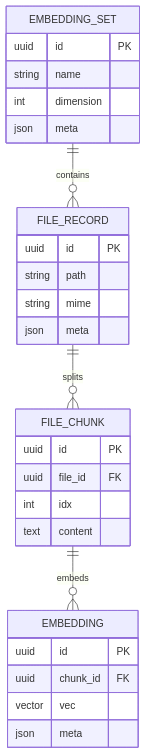
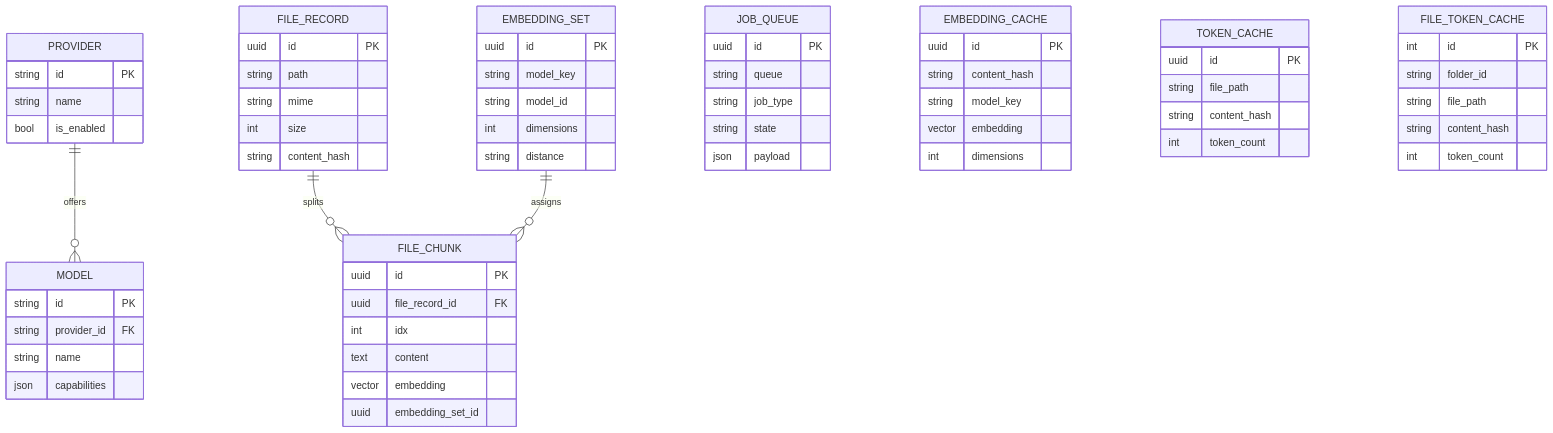
Before and after one commit to seandearnaley/brainstrike: the diagram in docs/architecture/08-data-model.md, drawn with Mermaid. The commit also changed other lines of this file and 18 other files, not shown here.

````diff
--- a/docs/architecture/08-data-model.md
+++ b/docs/architecture/08-data-model.md
@@ -5,31 +5,67 @@
 ```mermaid
 erDiagram
-  EMBEDDING_SET ||--o{ FILE_RECORD : contains
+  PROVIDER ||--o{ MODEL : offers
   FILE_RECORD ||--o{ FILE_CHUNK : splits
-  FILE_CHUNK ||--o{ EMBEDDING : embeds
+  EMBEDDING_SET ||--o{ FILE_CHUNK : assigns
 
   EMBEDDING_SET {
     uuid id PK
-    string name
-    int dimension
-    json meta
+    string model_key
+    string model_id
+    int dimensions
+    string distance
   }
   FILE_RECORD {
     uuid id PK
     string path
     string mime
-    json meta
+    int size
+    string content_hash
   }
   FILE_CHUNK {
     uuid id PK
-    uuid file_id FK
+    uuid file_record_id FK
     int idx
     text content
+    vector embedding
+    uuid embedding_set_id
   }
-  EMBEDDING {
+  JOB_QUEUE {
     uuid id PK
-    uuid chunk_id FK
-    vector vec
-    json meta
+    string queue
+    string job_type
+    string state
+    json payload
+  }
+  EMBEDDING_CACHE {
+    uuid id PK
+    string content_hash
+    string model_key
+    vector embedding
+    int dimensions
+  }
+  TOKEN_CACHE {
+    uuid id PK
+    string file_path
+    string content_hash
+    int token_count
+  }
+  FILE_TOKEN_CACHE {
+    int id PK
+    string folder_id
+    string file_path
+    string content_hash
+    int token_count
+  }
+  PROVIDER {
+    string id PK
+    string name
+    bool is_enabled
+  }
+  MODEL {
+    string id PK
+    string provider_id FK
+    string name
+    json capabilities
   }
 ```
````
